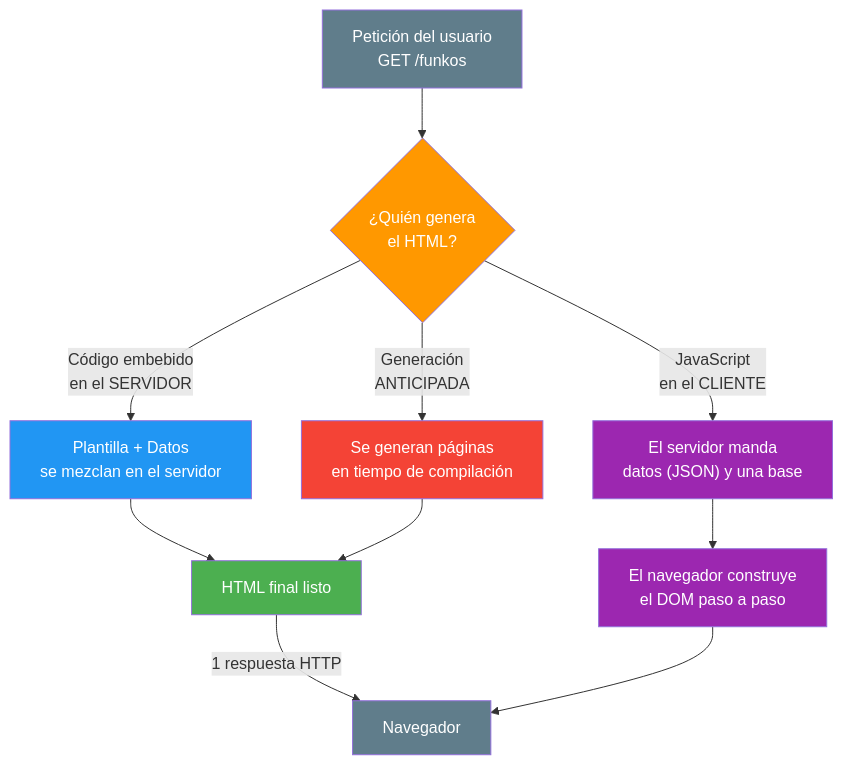
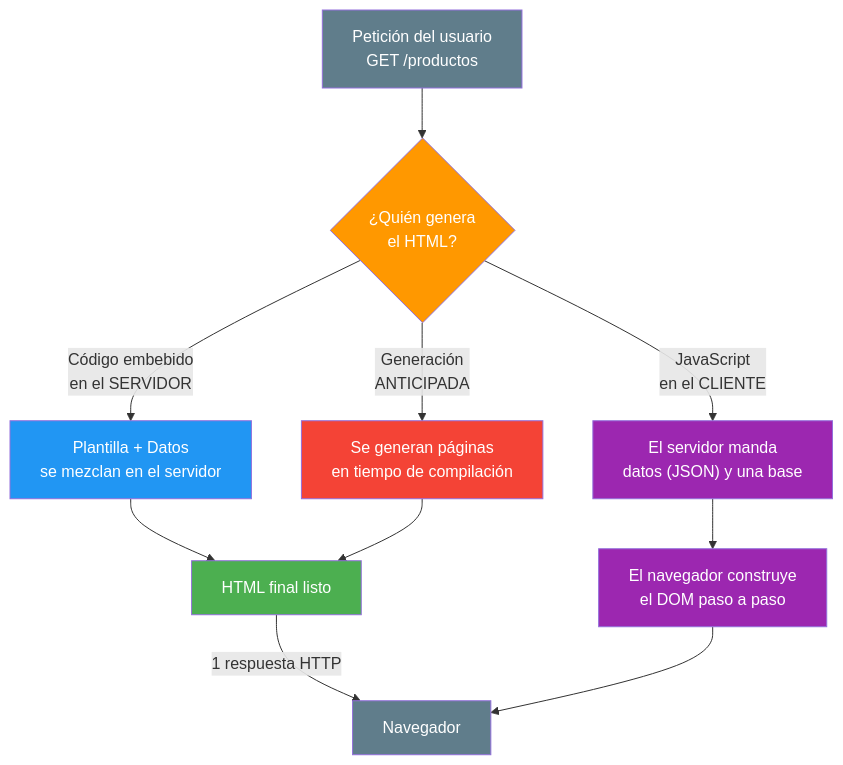
One commit to joseluisgs/DesarrolloWebEntornosServidor-03-2026-2027 changed the first of 6 diagrams in 01-razor-fundamentos.md. Above: the diagram before and after it, drawn with Mermaid. The commit also changed other lines of this file, not shown here.

Commit message:
fix: revisar 01 segun el esquema de UD02: Resumen sin diagrama, sin citas RA/CCEE y Productos fuera del Reto

````diff
--- a/01-razor-fundamentos.md
+++ b/01-razor-fundamentos.md
@@ -79,24 +81,24 @@
 ```mermaid
 graph TD
-    A["Petición del usuario<br/>GET /funkos"] --> B{"¿Quién genera<br/>el HTML?"}
+    A["Petición del usuario<br/>GET /productos"] --> B{"¿Quién genera<br/>el HTML?"}
 
     B -->|"Código embebido<br/>en el SERVIDOR"| C["Plantilla + Datos<br/>se mezclan en el servidor"]
     C --> D["HTML final listo"]
     D -->|"1 respuesta HTTP"| E["Navegador"]
 
     B -->|"JavaScript<br/>en el CLIENTE"| F["El servidor manda<br/>datos (JSON) y una base"]
     F --> G["El navegador construye<br/>el DOM paso a paso"]
     G --> E
 
     B -->|"Generación<br/>ANTICIPADA"| H["Se generan páginas<br/>en tiempo de compilación"]
     H --> D
 
     style A fill:#607D8B,color:#fff
     style B fill:#FF9800,color:#fff
     style C fill:#2196F3,color:#fff
     style D fill:#4CAF50,color:#fff
     style E fill:#607D8B,color:#fff
     style F fill:#9C27B0,color:#fff
     style G fill:#9C27B0,color:#fff
     style H fill:#f44336,color:#fff
 ```
````
